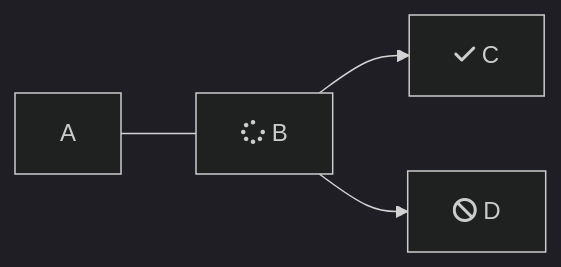
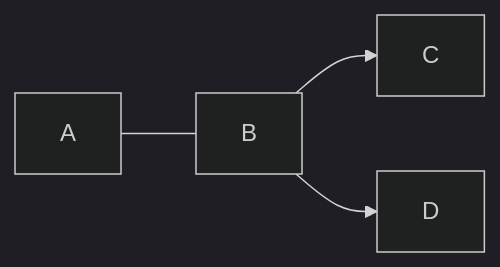
One commit to gridlab-d/gridlab-d changed the first of 2 diagrams in docs/docs/0.0 - GridLAB-D™/style-guide.md. Above: the diagram before and after it, drawn with Mermaid (dark theme). The commit also changed other lines of this file and 11 other files, not shown here.

````diff
--- a/docs/docs/0.0 - GridLAB-D™/style-guide.md
+++ b/docs/docs/0.0 - GridLAB-D™/style-guide.md
@@ -212,6 +212,6 @@
 ```mermaid
-flowchart LR 
- A --- B[fa:fa-spinner B] 
- B --> C[fa:fa-check C] 
- B --> D[fa:fa-ban D]
+graph LR 
+ A --- B
+ B --> C
+ B --> D
 ```
````
